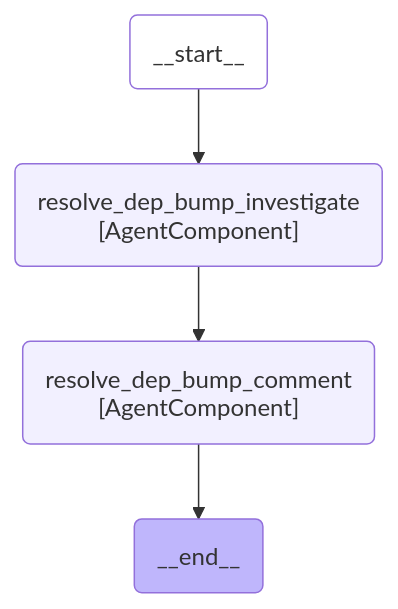
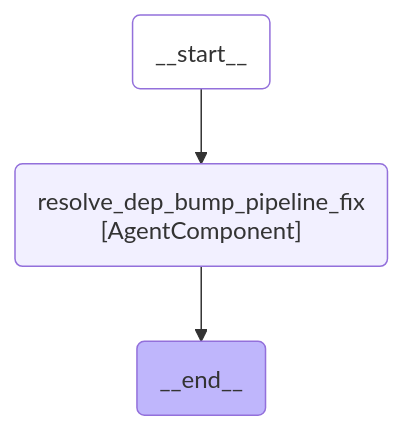
One commit to movax01h/ai-gateway changed the seventh of 23 diagrams in docs/duo_workflow_service_graphs.md. Above: the diagram before and after it, drawn with Mermaid. The commit also changed 9 other files, not shown here.

Commit message:
feat(flow-registry): Commit dep-bump breaking-change fixes to MR source branch

````diff
--- a/docs/duo_workflow_service_graphs.md
+++ b/docs/duo_workflow_service_graphs.md
@@ -236,18 +236,16 @@
 ```mermaid
 ---
 config:
     flowchart:
         curve: linear
 ---
 graph TD;
     __start__(__start__):::first;
     __end__(__end__):::last;
-    __start__ --> resolve_dep_bump_investigate;
-    resolve_dep_bump_investigate(resolve_dep_bump_investigate<br>#91;AgentComponent#93;);
-    resolve_dep_bump_comment(resolve_dep_bump_comment<br>#91;AgentComponent#93;);
-    resolve_dep_bump_investigate --> resolve_dep_bump_comment;
-    resolve_dep_bump_comment --> __end__;
+    __start__ --> resolve_dep_bump_pipeline_fix;
+    resolve_dep_bump_pipeline_fix(resolve_dep_bump_pipeline_fix<br>#91;AgentComponent#93;);
+    resolve_dep_bump_pipeline_fix --> __end__;
     classDef default fill:#f2f0ff,line-height:1.2;
     classDef first fill-opacity:0;
     classDef last fill:#bfb6fc;
 ```
````
